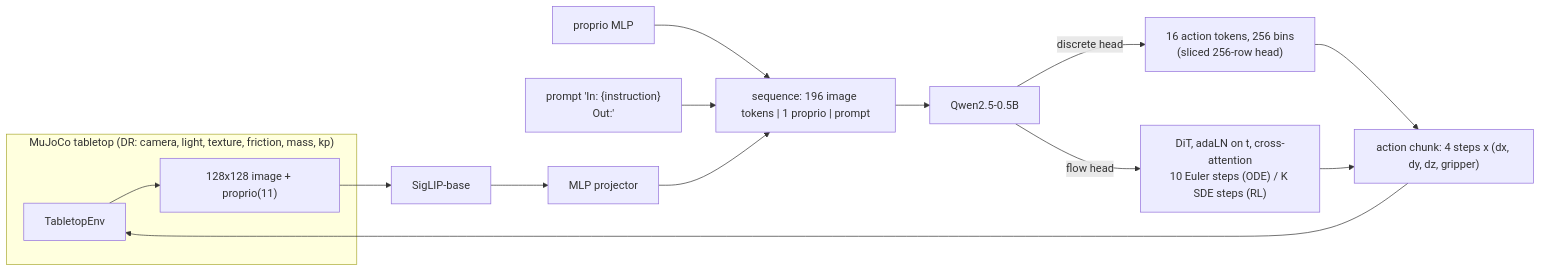
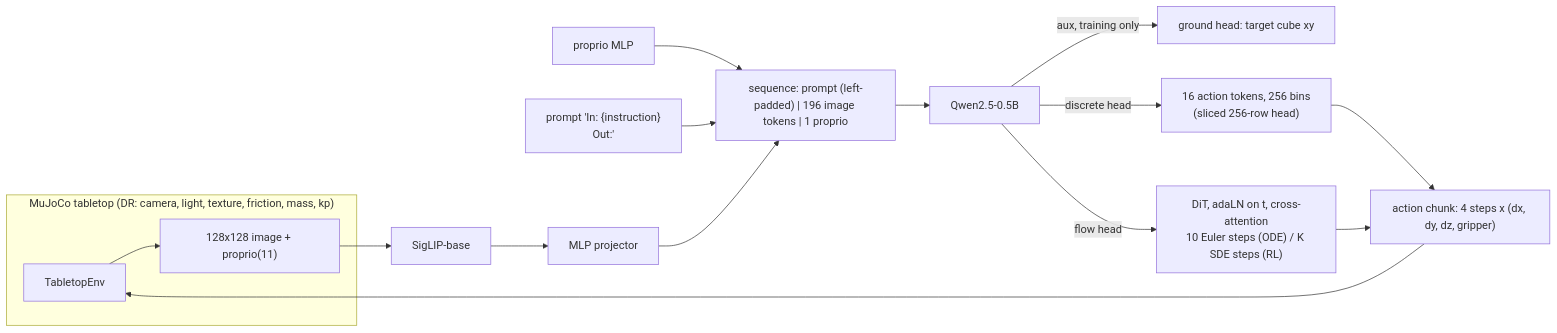
Before and after one commit to OJ102/sim2real-vla: the first of 2 diagrams in README.md, drawn with Mermaid. The commit also changed other lines of this file and 1 other file, not shown here.

````diff
--- a/README.md
+++ b/README.md
@@ -29,16 +30,17 @@
 ```mermaid
 flowchart LR
     subgraph Sim["MuJoCo tabletop (DR: camera, light, texture, friction, mass, kp)"]
         ENV[TabletopEnv] --> OBS["128x128 image + proprio(11)"]
     end
     OBS --> VIT[SigLIP-base] --> PROJ[MLP projector]
     PROP[proprio MLP] --> SEQ
     TXT["prompt 'In: {instruction}\nOut:'"] --> SEQ
-    PROJ --> SEQ["sequence: 196 image tokens | 1 proprio | prompt"]
+    PROJ --> SEQ["sequence: prompt (left-padded) | 196 image tokens | 1 proprio"]
     SEQ --> LLM[Qwen2.5-0.5B]
+    LLM -->|"aux, training only"| GH["ground head: target cube xy"]
     LLM -->|discrete head| TOK["16 action tokens, 256 bins\n(sliced 256-row head)"]
     LLM -->|flow head| DIT["DiT, adaLN on t, cross-attention\n10 Euler steps (ODE) / K SDE steps (RL)"]
     TOK --> ACT["action chunk: 4 steps x (dx, dy, dz, gripper)"]
     DIT --> ACT
     ACT --> ENV
 ```
````
